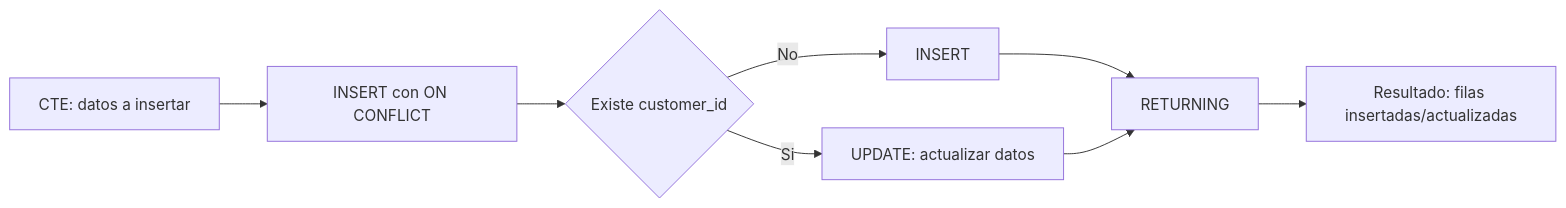
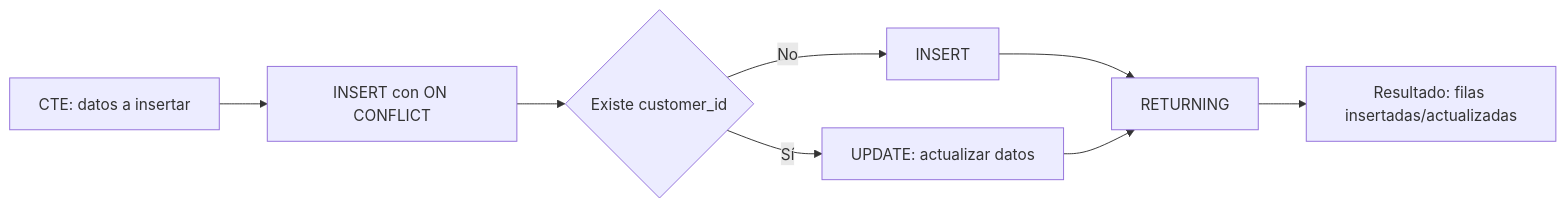
One commit to Slinkter/ApuntesSQL changed the tenth of 50 diagrams in Lab/Lab01/Ejercicios/3.avanzado.md. Above: the diagram before and after it, drawn with Mermaid. The commit also changed other lines of this file and 7 other files, not shown here.

````diff
--- a/Lab/Lab01/Ejercicios/3.avanzado.md
+++ b/Lab/Lab01/Ejercicios/3.avanzado.md
@@ -458,10 +536,10 @@
 ```mermaid
 flowchart LR
     CTE[CTE: datos a insertar] --> INSERT[INSERT con ON CONFLICT]
     INSERT --> CHECK{Existe customer_id}
     CHECK -->|No| I[INSERT]
-    CHECK -->|Si| U[UPDATE: actualizar datos]
+    CHECK -->|Sí| U[UPDATE: actualizar datos]
     I --> R[RETURNING]
     U --> R
     R --> Result[Resultado: filas insertadas/actualizadas]
 ```
````
